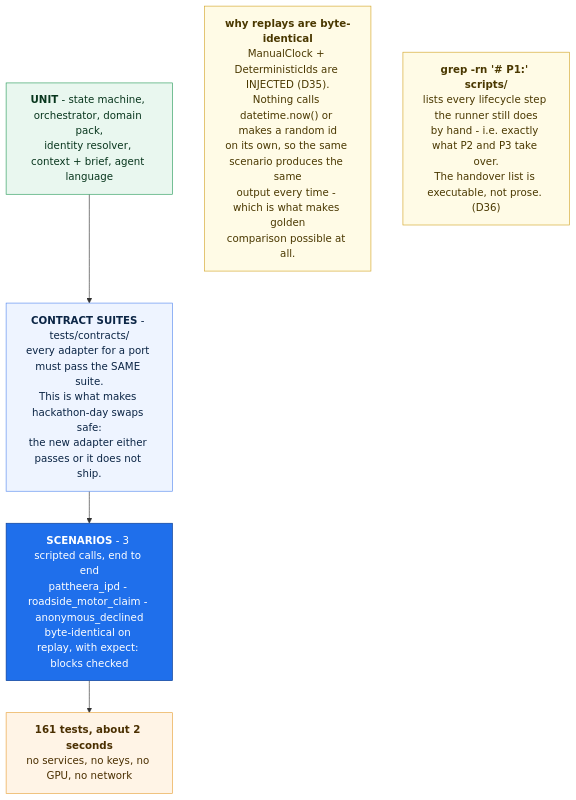
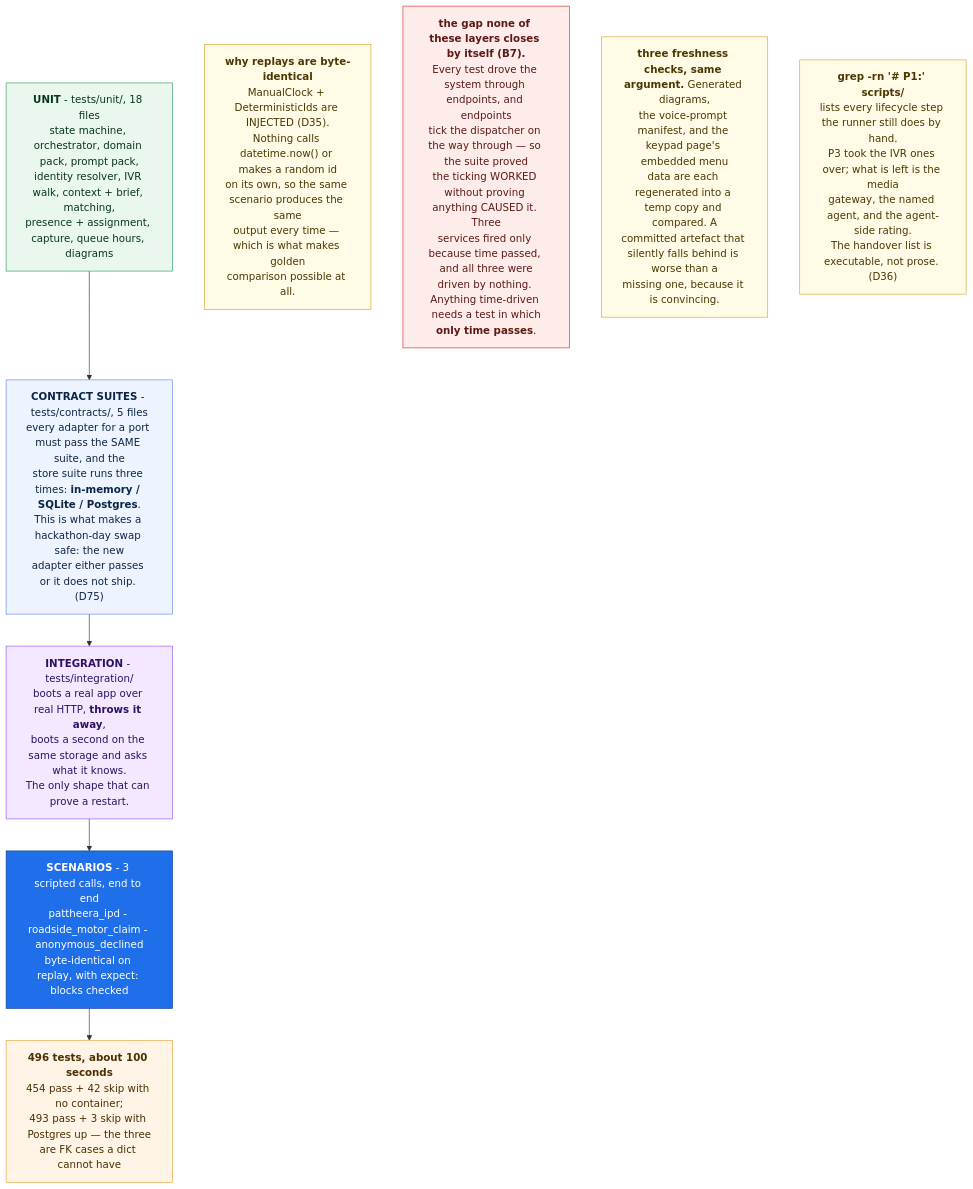
The diagram in docs/diagrams/src/test_layers.mmd (anakom-suvonvorn/Krungsri-ReadyCall), drawn with Mermaid before and after one commit. The commit also changed 33 other files, not shown here.

First line of the commit message:
docs: a staleness sweep of the hand-drawn diagrams

```diff
--- a/docs/diagrams/src/test_layers.mmd
+++ b/docs/diagrams/src/test_layers.mmd
@@ -1,18 +1,25 @@
-%% HANDWRITTEN. Checked against tests/ on disk + D36
+%% HANDWRITTEN. Checked against tests/ on disk + D36 + D75 + B7
 flowchart TB
+    U["<b>UNIT</b> - tests/unit/, 18 files<br/>state machine, orchestrator, domain pack, prompt pack,<br/>identity resolver, IVR walk, context + brief, matching,<br/>presence + assignment, capture, queue hours, diagrams"]:::unit
+    C["<b>CONTRACT SUITES</b> - tests/contracts/, 5 files<br/>every adapter for a port must pass the SAME suite, and the<br/>store suite runs three times: <b>in-memory / SQLite / Postgres</b>.<br/>This is what makes a hackathon-day swap safe: the new<br/>adapter either passes or it does not ship. (D75)"]:::contract
+    I["<b>INTEGRATION</b> - tests/integration/<br/>boots a real app over real HTTP, <b>throws it away</b>,<br/>boots a second on the same storage and asks what it knows.<br/>The only shape that can prove a restart."]:::integ
     S["<b>SCENARIOS</b> - 3 scripted calls, end to end<br/>pattheera_ipd - roadside_motor_claim - anonymous_declined<br/>byte-identical on replay, with expect: blocks checked"]:::scen
-    C["<b>CONTRACT SUITES</b> - tests/contracts/<br/>every adapter for a port must pass the SAME suite.<br/>This is what makes hackathon-day swaps safe:<br/>the new adapter either passes or it does not ship."]:::contract
-    U["<b>UNIT</b> - state machine, orchestrator, domain pack,<br/>identity resolver, context + brief, agent language"]:::unit
 
-    U --> C --> S
-    S --> TOT["<b>161 tests, about 2 seconds</b><br/>no services, no keys, no GPU, no network"]:::tot
+    U --> C --> I --> S
+    S --> TOT["<b>496 tests, about 100 seconds</b><br/>454 pass + 42 skip with no container;<br/>493 pass + 3 skip with Postgres up — the three<br/>are FK cases a dict cannot have"]:::tot
 
-    DET["<b>why replays are byte-identical</b><br/>ManualClock + DeterministicIds are INJECTED (D35).<br/>Nothing calls datetime.now() or makes a random id<br/>on its own, so the same scenario produces the same<br/>output every time - which is what makes golden<br/>comparison possible at all."]:::note
+    DET["<b>why replays are byte-identical</b><br/>ManualClock + DeterministicIds are INJECTED (D35).<br/>Nothing calls datetime.now() or makes a random id<br/>on its own, so the same scenario produces the same<br/>output every time — which is what makes golden<br/>comparison possible at all."]:::note
 
-    HAND["<b>grep -rn '# P1:' scripts/</b><br/>lists every lifecycle step the runner still does<br/>by hand - i.e. exactly what P2 and P3 take over.<br/>The handover list is executable, not prose. (D36)"]:::note
+    B7["<b>the gap none of these layers closes by itself (B7).</b><br/>Every test drove the system through endpoints, and endpoints<br/>tick the dispatcher on the way through — so the suite proved<br/>the ticking WORKED without proving anything CAUSED it. Three<br/>services fired only because time passed, and all three were<br/>driven by nothing. Anything time-driven needs a test in which<br/><b>only time passes</b>."]:::warn
+
+    FRESH["<b>three freshness checks, same argument.</b> Generated diagrams,<br/>the voice-prompt manifest, and the keypad page's embedded menu<br/>data are each regenerated into a temp copy and compared. A<br/>committed artefact that silently falls behind is worse than a<br/>missing one, because it is convincing."]:::note
+
+    HAND["<b>grep -rn '# P1:' scripts/</b><br/>lists every lifecycle step the runner still does by hand.<br/>P3 took the IVR ones over; what is left is the media<br/>gateway, the named agent, and the agent-side rating.<br/>The handover list is executable, not prose. (D36)"]:::note
 
     classDef scen fill:#1f6feb,stroke:#0b3d91,color:#fff
     classDef contract fill:#eef4ff,stroke:#5b8def,color:#0b2545
+    classDef integ fill:#f3e8ff,stroke:#8b5cf6,color:#2e1065
     classDef unit fill:#e9f7ef,stroke:#2f9e5f,color:#08361d
     classDef tot fill:#fff4e6,stroke:#e8a33d,color:#4a2f00
     classDef note fill:#fffbe6,stroke:#d4a72c,color:#4a3800
+    classDef warn fill:#fdecea,stroke:#d93025,color:#5c1a13
```
